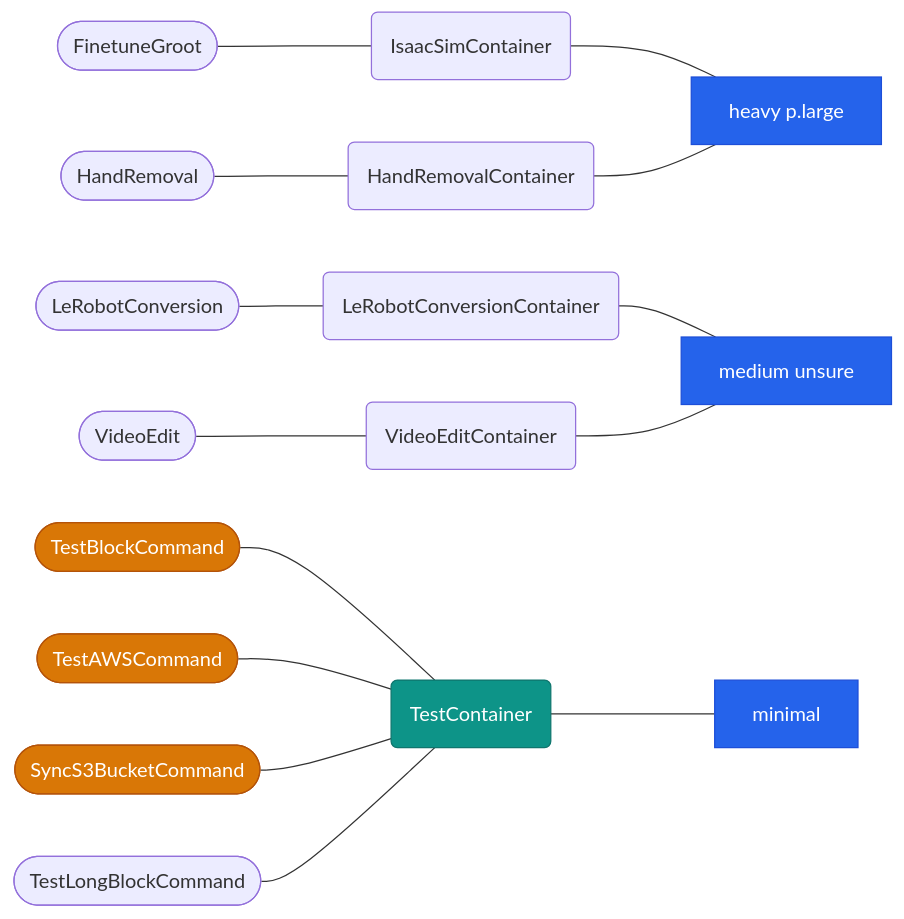
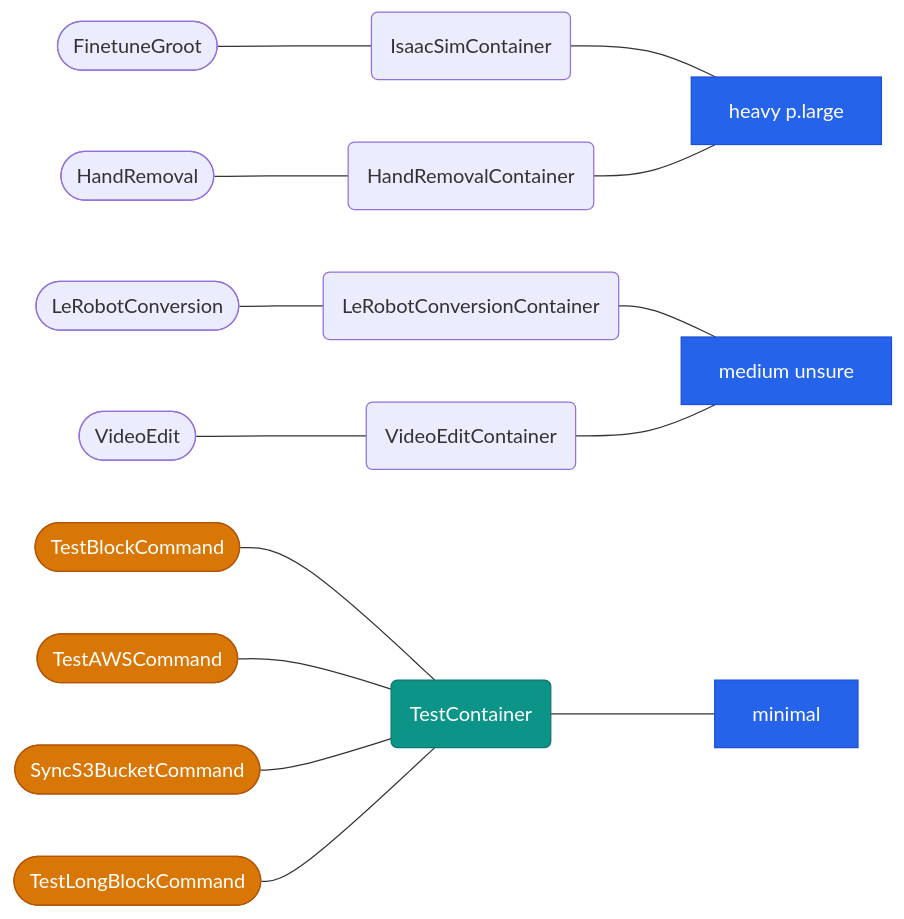
The diagram in README.md (ogoudey/WorkflowContainers), drawn with Mermaid before and after one commit.

Commit message:
updated status of TestLongBlockCommand

````diff
--- a/README.md
+++ b/README.md
@@ -2,26 +2,27 @@
 ```mermaid
 graph LR
     A([FinetuneGroot]) --- B(IsaacSimContainer)--- C[heavy p.large]
     D([HandRemoval]) --- E(HandRemovalContainer) --- C
     F([LeRobotConversion]) --- G(LeRobotConversionContainer) --- H[medium unsure]
     I([VideoEdit]) --- J(VideoEditContainer) --- H
     X([TestBlockCommand]) --- Y(TestContainer) --- Z[minimal]
     X1([TestAWSCommand]) --- Y
     X2([SyncS3BucketCommand]) --- Y
     X3([TestLongBlockCommand]) --- Y
 
 %% Define Color Schemes for Statuses
 classDef environmentCreated fill:#2563eb,stroke:#1d4ed8,color:#fff
 classDef pushedToECR fill:#0d9488,stroke:#0f766e,color:#fff
 classDef cloudBatch fill:#d97706,stroke:#b45309,color:#fff
 classDef cloudTest fill:#16a34a,stroke:#15803d,color:#fff
 
 class C environmentCreated
 class H environmentCreated
 class Z environmentCreated
 class Y pushedToECR
 
 class X cloudBatch
 class X1 cloudBatch
 class X2 cloudBatch
+class X3 cloudBatch
 ```
````
